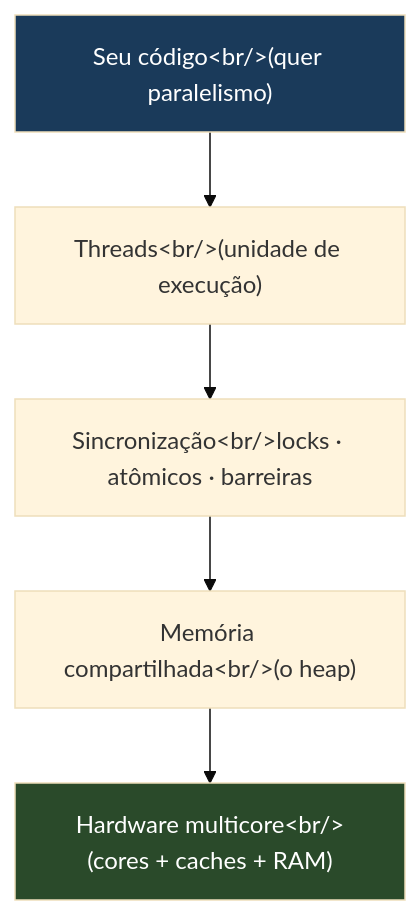
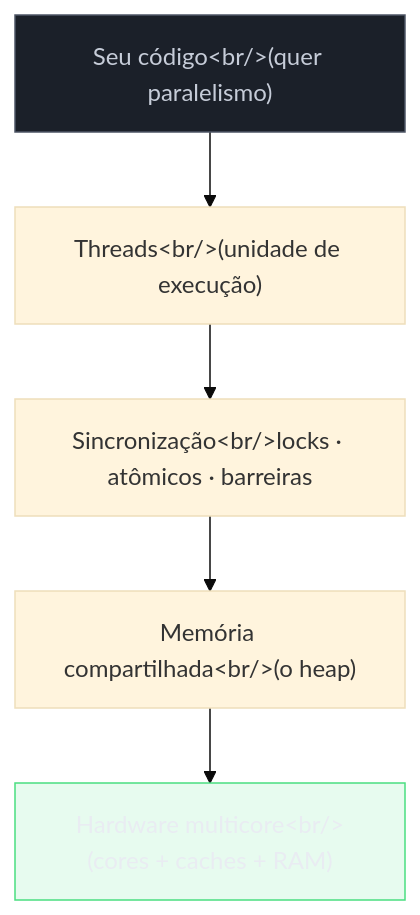
Before and after one commit to josenaldo/codex-technomanticus: the second of 6 diagrams in 03-Dominios/Ciência/Concorrência e Paralelismo/10 - Memória compartilhada com threads e locks.md, drawn with Mermaid (base theme). The commit also changed other lines of this file and 1181 other files, not shown here.

First line of the commit message:
fix(diagramas): paleta do sistema no lugar de cor cravada no markdown

````diff
--- a/03-Dominios/Ciência/Concorrência e Paralelismo/10 - Memória compartilhada com threads e locks.md
+++ b/03-Dominios/Ciência/Concorrência e Paralelismo/10 - Memória compartilhada com threads e locks.md
@@ -83,14 +85,16 @@
 ```mermaid
 flowchart TB
+    classDef neutro fill:#1B2029,stroke:#4E5666,color:#C6CCD8
+    classDef ok fill:#4ADE8021,stroke:#4ADE80,color:#E9ECF2
     APP["Seu código&lt;br/&gt;(quer paralelismo)"]
     THREADS["Threads&lt;br/&gt;(unidade de execução)"]
     SYNC["Sincronização&lt;br/&gt;locks · atômicos · barreiras"]
     MEM["Memória compartilhada&lt;br/&gt;(o heap)"]
     HW["Hardware multicore&lt;br/&gt;(cores + caches + RAM)"]
     APP --> THREADS
     THREADS --> SYNC
     SYNC --> MEM
     MEM --> HW
-    style APP fill:#1a3a5a,color:#fff
-    style HW fill:#2a4a2a,color:#fff
+    class APP neutro
+    class HW ok
 ```
````
